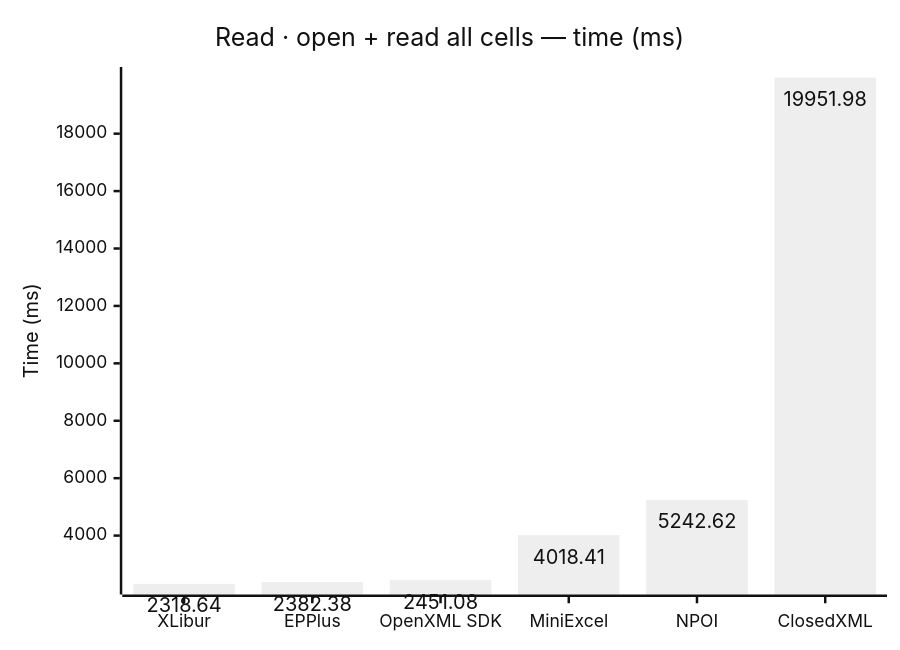
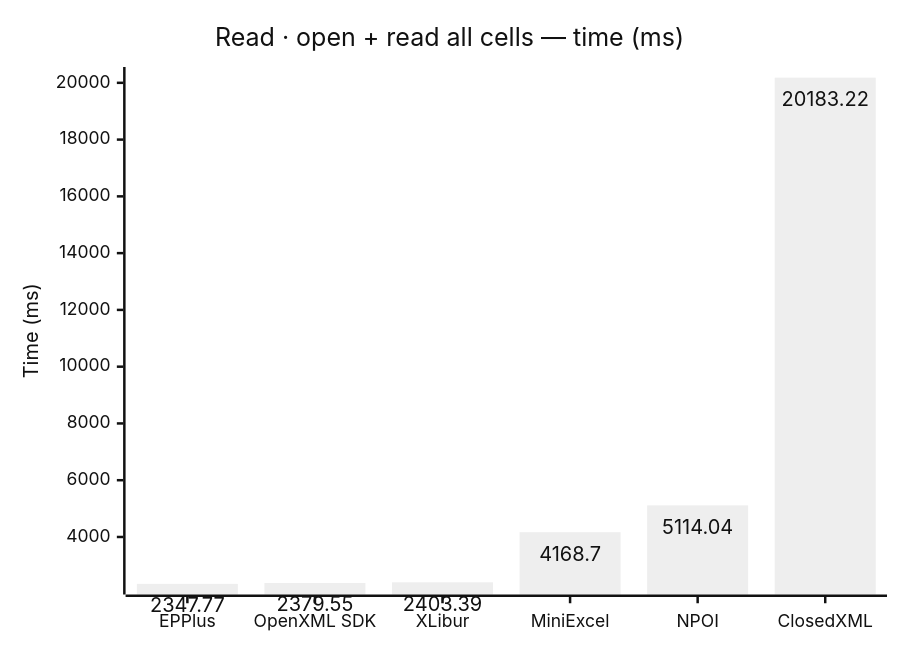
One commit to jafin/XLBench changed the third of 8 diagrams in docs/results.md. Above: the diagram before and after it, drawn with Mermaid (neutral theme). The commit also changed other lines of this file and 1 other file, not shown here.

````diff
--- a/docs/results.md
+++ b/docs/results.md
@@ -60,12 +60,12 @@
 ```mermaid
 ---
 config:
   xyChart:
     showDataLabel: true
 ---
 xychart-beta
     title "Read · open + read all cells — time (ms)"
-    x-axis ["XLibur", "EPPlus", "OpenXML SDK", "MiniExcel", "NPOI", "ClosedXML"]
+    x-axis ["EPPlus", "OpenXML SDK", "XLibur", "MiniExcel", "NPOI", "ClosedXML"]
     y-axis "Time (ms)"
-    bar [2318.64, 2382.38, 2451.08, 4018.41, 5242.62, 19951.98]
+    bar [2347.77, 2379.55, 2403.39, 4168.7, 5114.04, 20183.22]
 ```
````
